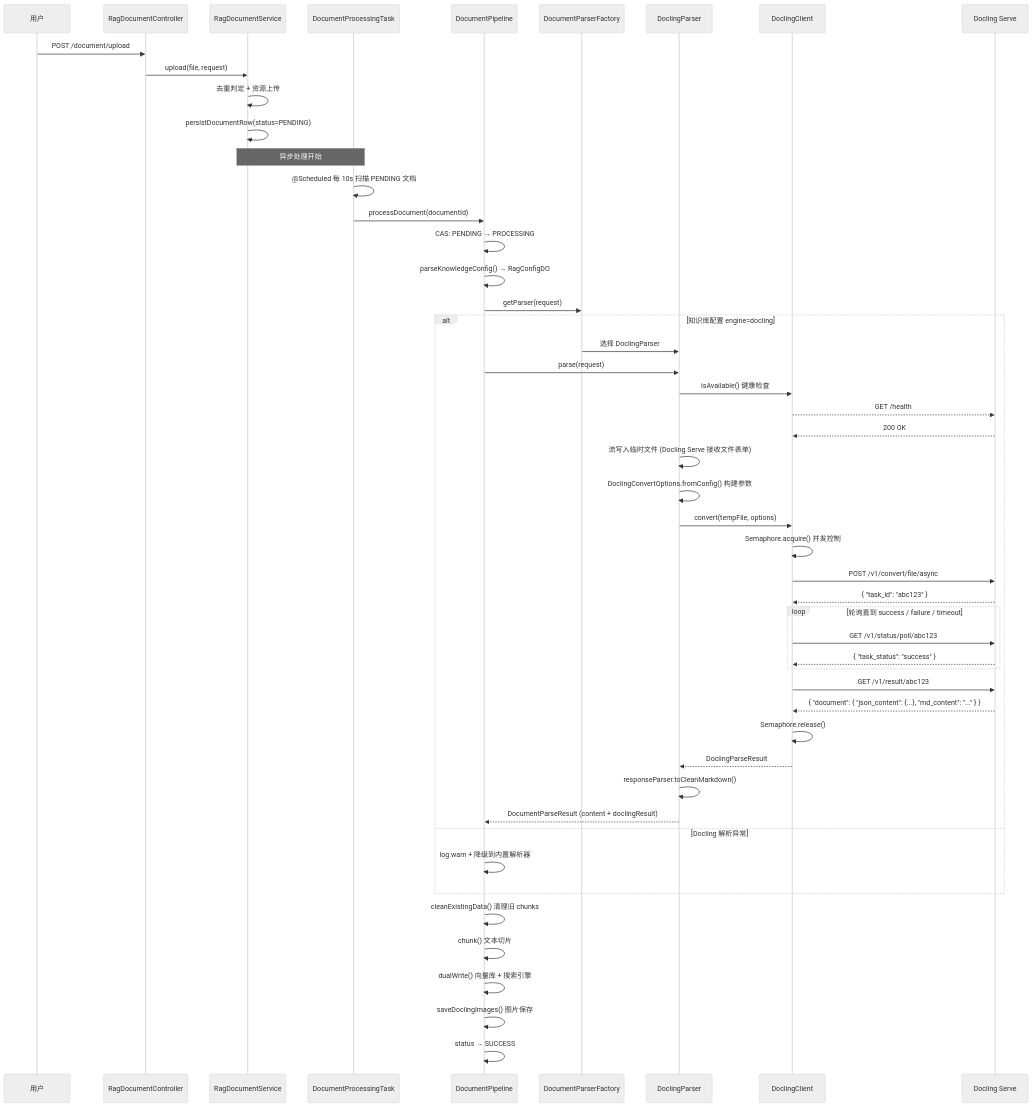
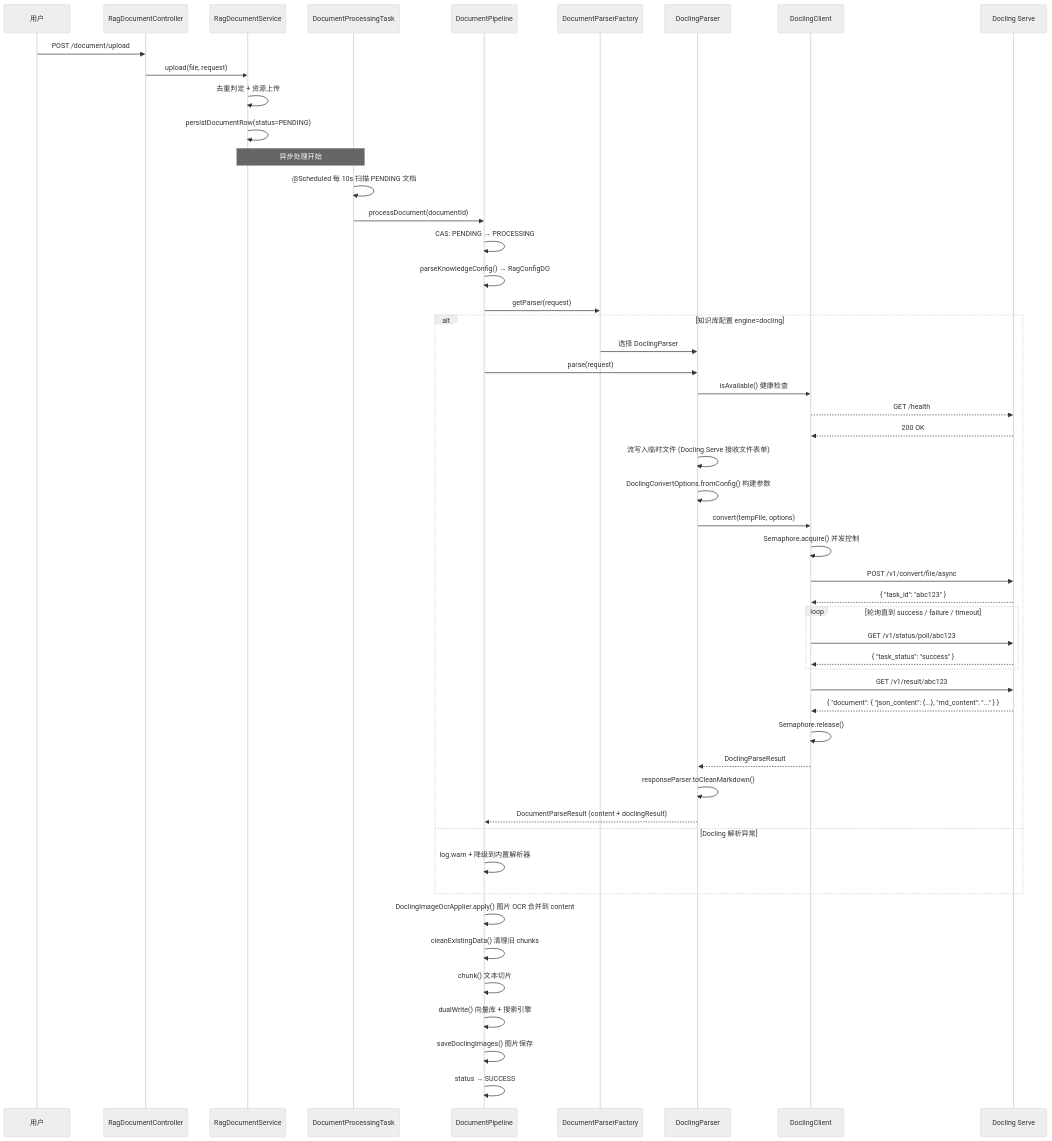
One commit to aizuda/snail-ai changed the second of 8 diagrams in docs/architecture/docling-engine.md. Above: the diagram before and after it, drawn with Mermaid (neutral theme). The commit also changed other lines of this file and 45 other files, not shown here.

Commit message:
feat(1.1.0): 增强RAG图片识别与检索证据

````diff
--- a/docs/architecture/docling-engine.md
+++ b/docs/architecture/docling-engine.md
@@ -68,67 +73,68 @@
 ```mermaid
 sequenceDiagram
     participant User as 用户
     participant Ctrl as RagDocumentController
     participant Svc as RagDocumentService
     participant Task as DocumentProcessingTask
     participant Pipeline as DocumentPipeline
     participant Factory as DocumentParserFactory
     participant Parser as DoclingParser
     participant Client as DoclingClient
     participant Serve as Docling Serve
 
     User->>Ctrl: POST /document/upload
     Ctrl->>Svc: upload(file, request)
     Svc->>Svc: 去重判定 + 资源上传
     Svc->>Svc: persistDocumentRow(status=PENDING)
 
     Note over Task,Svc: 异步处理开始
 
     Task->>Task: @Scheduled 每 10s 扫描 PENDING 文档
     Task->>Pipeline: processDocument(documentId)
 
     Pipeline->>Pipeline: CAS: PENDING → PROCESSING
     Pipeline->>Pipeline: parseKnowledgeConfig() → RagConfigDO
     Pipeline->>Factory: getParser(request)
 
     alt 知识库配置 engine=docling
         Factory->>Parser: 选择 DoclingParser
         Pipeline->>Parser: parse(request)
 
         Parser->>Client: isAvailable() 健康检查
         Client-->>Serve: GET /health
         Serve-->>Client: 200 OK
 
         Parser->>Parser: 流写入临时文件 (Docling Serve 接收文件表单)
         Parser->>Parser: DoclingConvertOptions.fromConfig() 构建参数
         Parser->>Client: convert(tempFile, options)
 
         Client->>Client: Semaphore.acquire() 并发控制
 
         Client->>Serve: POST /v1/convert/file/async
         Serve-->>Client: { "task_id": "abc123" }
 
         loop 轮询直到 success / failure / timeout
             Client->>Serve: GET /v1/status/poll/abc123
             Serve-->>Client: { "task_status": "success" }
         end
 
         Client->>Serve: GET /v1/result/abc123
         Serve-->>Client: { "document": { "json_content": {...}, "md_content": "..." } }
 
         Client->>Client: Semaphore.release()
         Client-->>Parser: DoclingParseResult
 
         Parser->>Parser: responseParser.toCleanMarkdown()
         Parser-->>Pipeline: DocumentParseResult (content + doclingResult)
 
     else Docling 解析异常
         Pipeline->>Pipeline: log.warn + 降级到内置解析器
     end
 
+    Pipeline->>Pipeline: DoclingImageOcrApplier.apply() 图片 OCR 合并到 content
     Pipeline->>Pipeline: cleanExistingData() 清理旧 chunks
     Pipeline->>Pipeline: chunk() 文本切片
     Pipeline->>Pipeline: dualWrite() 向量库 + 搜索引擎
     Pipeline->>Pipeline: saveDoclingImages() 图片保存
     Pipeline->>Pipeline: status → SUCCESS
 ```
````
